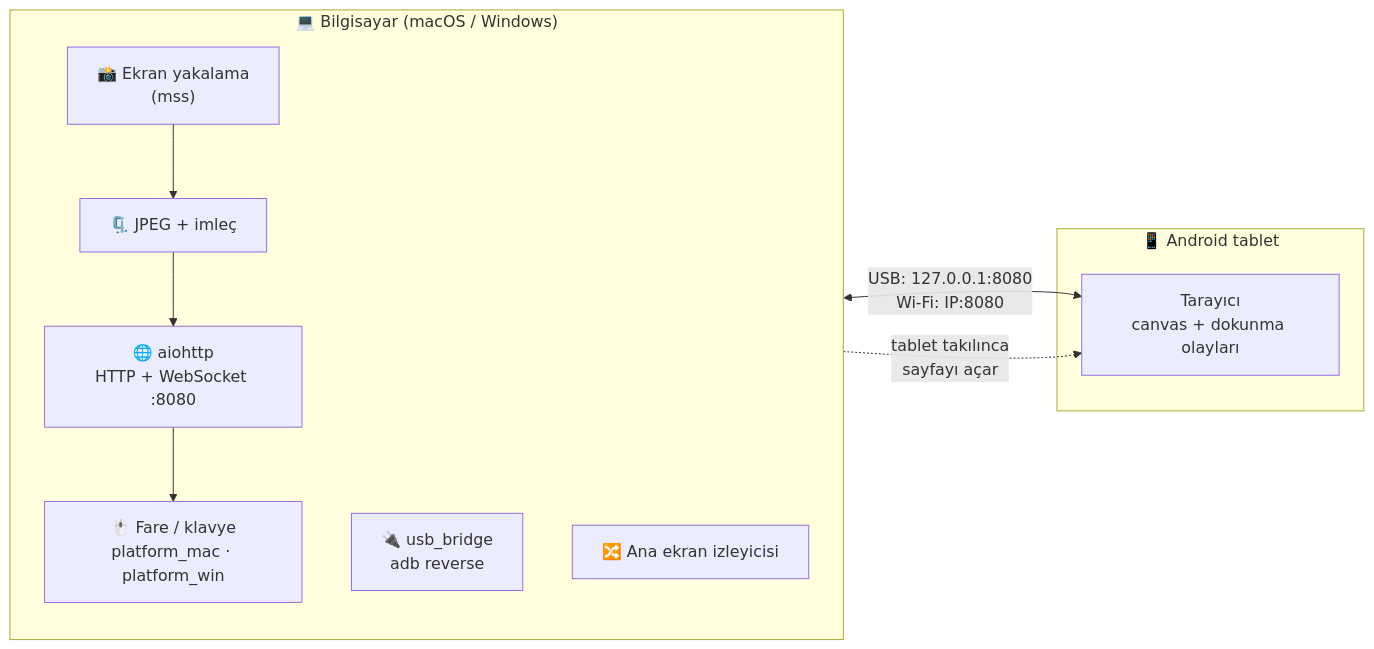
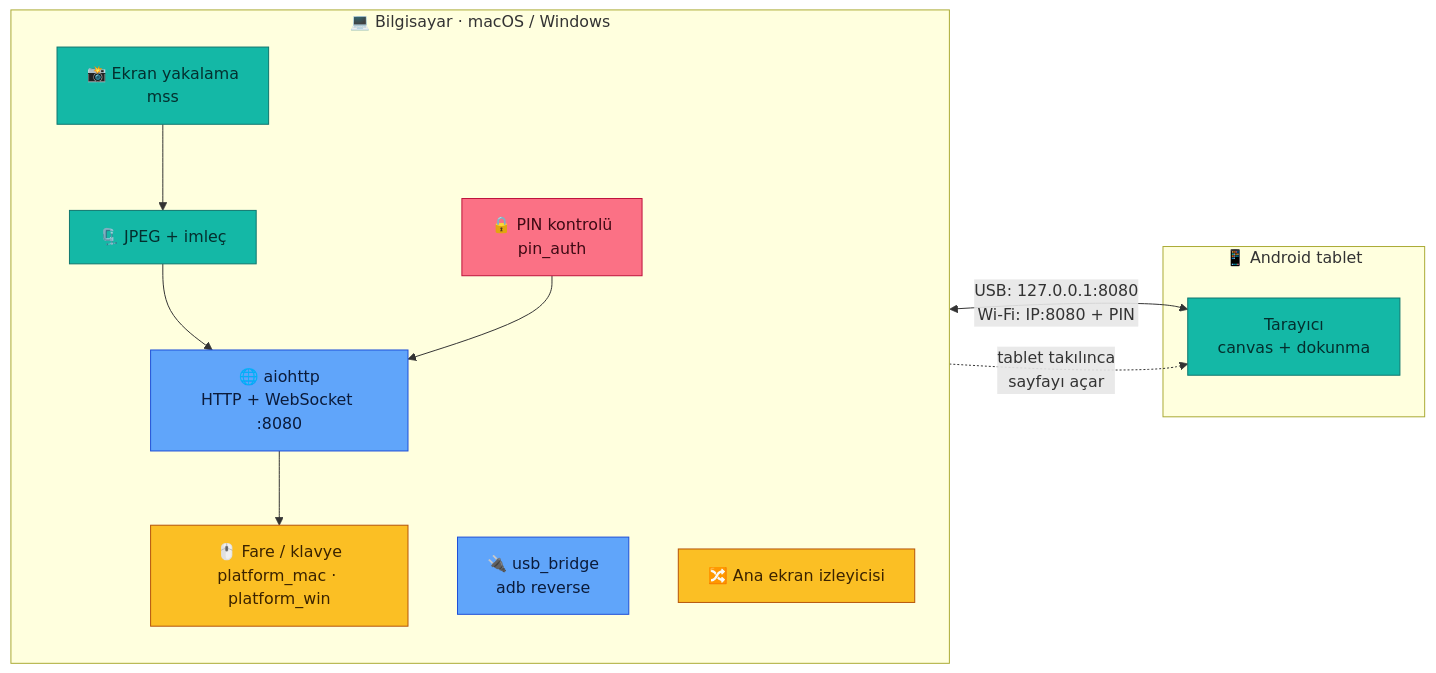
Before and after one commit to VolkanCARBUGA/ekran-yansitici: the first of 2 diagrams in README.md, drawn with Mermaid. The commit also changed other lines of this file and 4 other files, not shown here.

````diff
--- a/README.md
+++ b/README.md
@@ -82,16 +144,22 @@
 ```mermaid
 flowchart LR
-    subgraph PC["💻 Bilgisayar (macOS / Windows)"]
+    subgraph PC["💻 Bilgisayar · macOS / Windows"]
         direction TB
-        CAP["📸 Ekran yakalama<br/>(mss)"] --> ENC["🗜️ JPEG + imleç"]
-        ENC --> WS["🌐 aiohttp<br/>HTTP + WebSocket :8080"]
-        WS --> INP["🖱️ Fare / klavye<br/>platform_mac · platform_win"]
-        USB["🔌 usb_bridge<br/>adb reverse"]
-        MAIN["🔀 Ana ekran izleyicisi"]
+        CAP["📸 Ekran yakalama<br/>mss"]:::teal --> ENC["🗜️ JPEG + imleç"]:::teal
+        ENC --> WS["🌐 aiohttp<br/>HTTP + WebSocket :8080"]:::blue
+        WS --> INP["🖱️ Fare / klavye<br/>platform_mac · platform_win"]:::amber
+        PIN["🔒 PIN kontrolü<br/>pin_auth"]:::rose --> WS
+        USB["🔌 usb_bridge<br/>adb reverse"]:::blue
+        MAIN["🔀 Ana ekran izleyicisi"]:::amber
     end
     subgraph TAB["📱 Android tablet"]
-        BR["Tarayıcı<br/>canvas + dokunma olayları"]
+        BR["Tarayıcı<br/>canvas + dokunma"]:::teal
     end
-    WS <-->|"USB: 127.0.0.1:8080<br/>Wi-Fi: IP:8080"| BR
+    WS <-->|"USB: 127.0.0.1:8080<br/>Wi-Fi: IP:8080 + PIN"| BR
     USB -.->|"tablet takılınca<br/>sayfayı açar"| BR
+
+    classDef teal fill:#14B8A6,stroke:#0F766E,color:#042F2E
+    classDef blue fill:#60A5FA,stroke:#1D4ED8,color:#0B1B3A
+    classDef amber fill:#FBBF24,stroke:#B45309,color:#3B2300
+    classDef rose fill:#FB7185,stroke:#BE123C,color:#3F0A14
 ```
````
